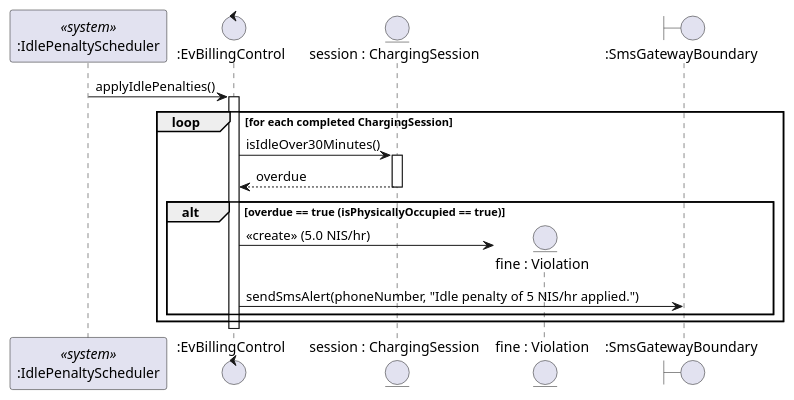
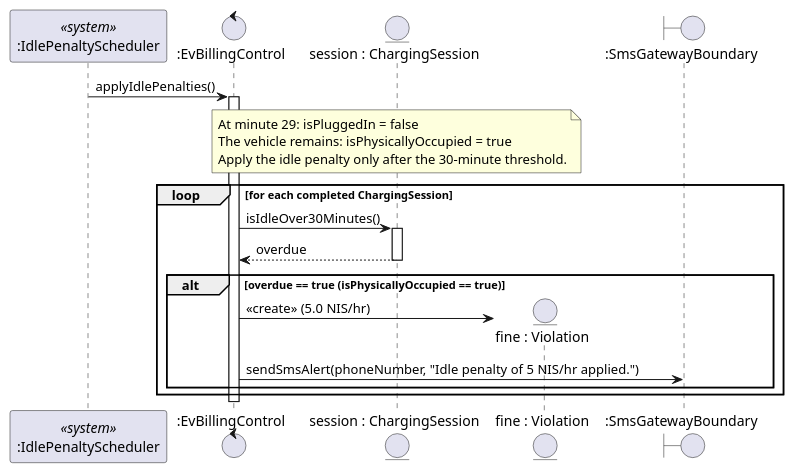
The diagram in diagrams/sequence_idle_penalty_ecb.puml (mayarserhan/Ex4_SmartParking_Design), drawn with PlantUML before and after one commit.

```diff
--- a/diagrams/sequence_idle_penalty_ecb.puml
+++ b/diagrams/sequence_idle_penalty_ecb.puml
@@ -1,24 +1,29 @@
 @startuml
 participant ":IdlePenaltyScheduler" as Timer <<system>>
 control ":EvBillingControl" as Billing
 entity "session : ChargingSession" as Session
 entity "fine : Violation" as Fine
 boundary ":SmsGatewayBoundary" as SMS
 
 Timer -> Billing : applyIdlePenalties()
 activate Billing
+note over Session
+At minute 29: isPluggedIn = false
+The vehicle remains: isPhysicallyOccupied = true
+Apply the idle penalty only after the 30-minute threshold.
+end note
 
 loop for each completed ChargingSession
   Billing -> Session : isIdleOver30Minutes()
   activate Session
   Session --> Billing : overdue
   deactivate Session
   alt overdue == true (isPhysicallyOccupied == true)
     create Fine
     Billing -> Fine : <<create>> (5.0 NIS/hr)
     Billing -> SMS : sendSmsAlert(phoneNumber, "Idle penalty of 5 NIS/hr applied.")
   end
 end
 
 deactivate Billing
 @enduml
```
